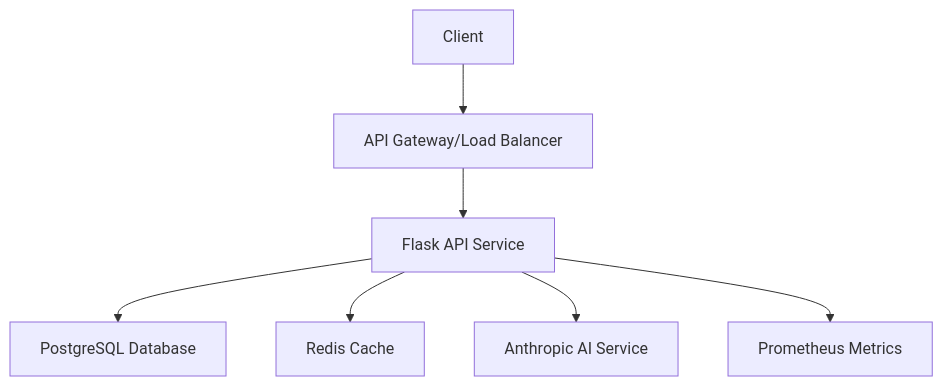
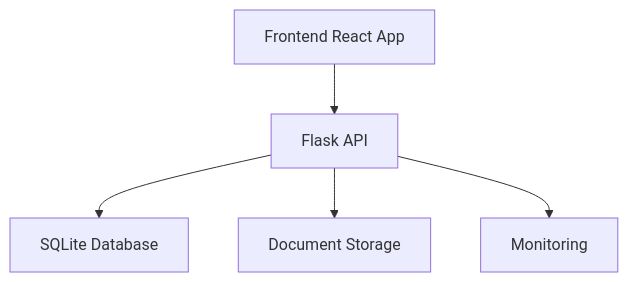
One commit to A1anMc/GrantSGE changed the diagram in BLUEPRINT.md. Above: the diagram before and after it, drawn with Mermaid. The commit also changed other lines of this file and 1 other file, not shown here.

````diff
--- a/BLUEPRINT.md
+++ b/BLUEPRINT.md
@@ -77,9 +40,7 @@
 ```mermaid
 graph TD
-    A[Client] --> B[API Gateway/Load Balancer]
-    B --> C[Flask API Service]
-    C --> D[PostgreSQL Database]
-    C --> E[Redis Cache]
-    C --> F[Anthropic AI Service]
-    C --> G[Prometheus Metrics]
+    A[Frontend React App] --> B[Flask API]
+    B --> C[SQLite Database]
+    B --> D[Document Storage]
+    B --> E[Monitoring]
 ```
````
